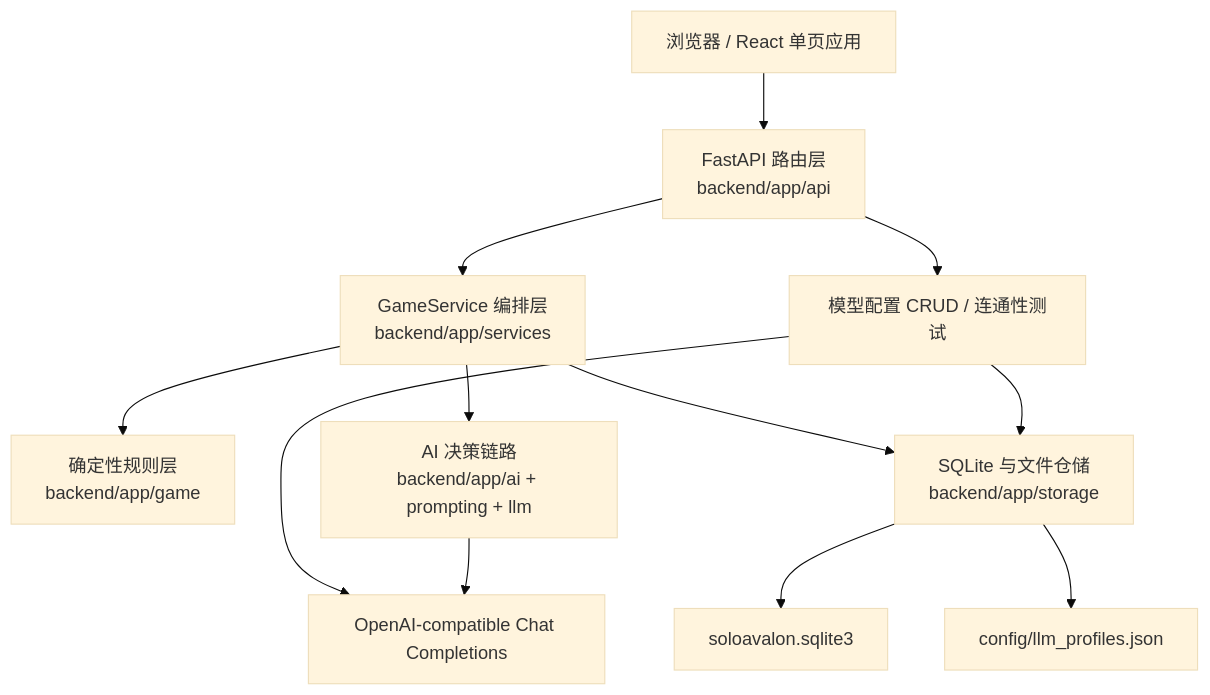
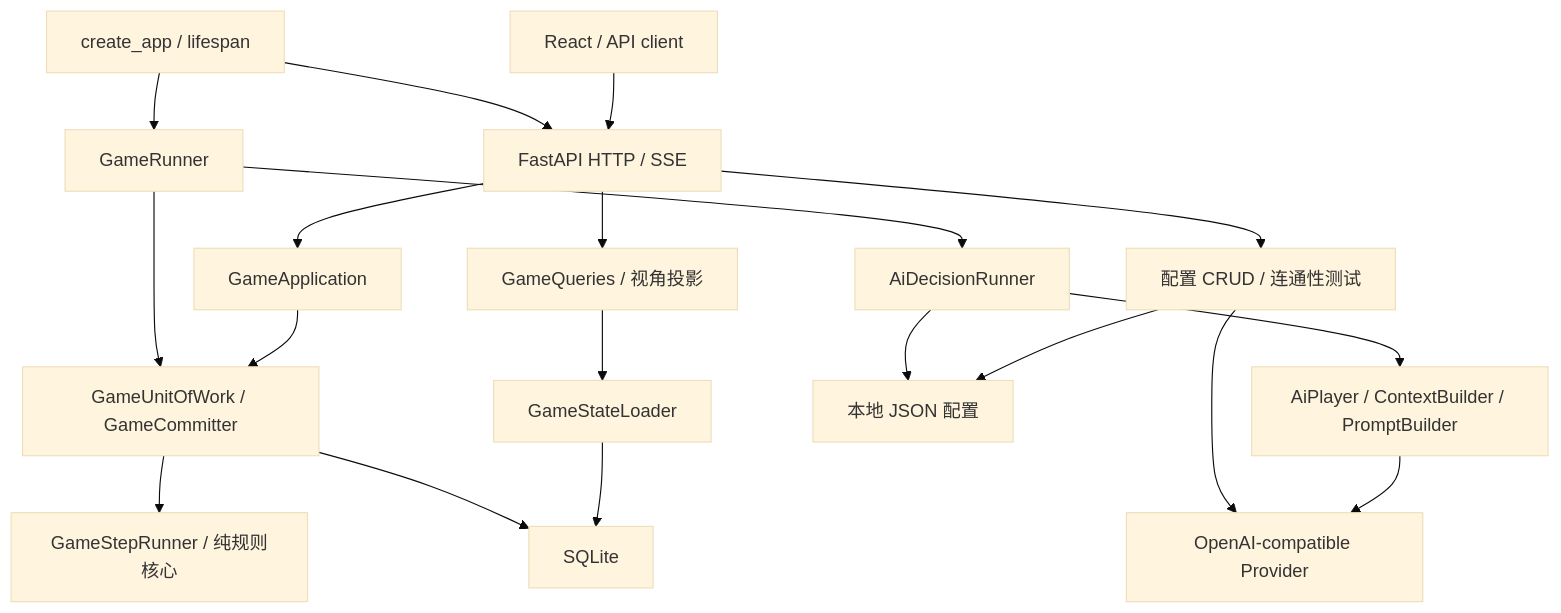
The first of 2 diagrams in docs/architecture.md (hzthzt/SoloAvalon), drawn with Mermaid (base theme) before and after one commit. The commit also changed other lines of this file and 3 other files, not shown here.

````diff
--- a/docs/architecture.md
+++ b/docs/architecture.md
@@ -25,14 +13,21 @@
 ```mermaid
 flowchart TD
-    Browser["浏览器 / React 单页应用"] --> Api["FastAPI 路由层\nbackend/app/api"]
-    Api --> Service["GameService 编排层\nbackend/app/services"]
-    Service --> Rules["确定性规则层\nbackend/app/game"]
-    Service --> Ai["AI 决策链路\nbackend/app/ai + prompting + llm"]
-    Service --> Storage["SQLite 与文件仓储\nbackend/app/storage"]
-    Api --> ProfileApi["模型配置 CRUD / 连通性测试"]
-    ProfileApi --> Storage
-    ProfileApi --> Provider
-    Ai --> Provider["OpenAI-compatible Chat Completions"]
-    Storage --> Sqlite["soloavalon.sqlite3"]
-    Storage --> Profiles["config/llm_profiles.json"]
+    Browser["React / API client"] --> Api["FastAPI HTTP / SSE"]
+    App["create_app / lifespan"] --> Api
+    App --> Runner["GameRunner"]
+    Api --> Commands["GameApplication"]
+    Api --> Queries["GameQueries / 视角投影"]
+    Api --> Profiles["配置 CRUD / 连通性测试"]
+    Commands --> Work["GameUnitOfWork / GameCommitter"]
+    Runner --> Work
+    Runner --> Decision["AiDecisionRunner"]
+    Decision --> AI["AiPlayer / ContextBuilder / PromptBuilder"]
+    AI --> Provider["OpenAI-compatible Provider"]
+    Profiles --> Provider
+    Profiles --> Config["本地 JSON 配置"]
+    Decision --> Config
+    Work --> Rules["GameStepRunner / 纯规则核心"]
+    Queries --> Loader["GameStateLoader"]
+    Loader --> DB["SQLite"]
+    Work --> DB
 ```
````
